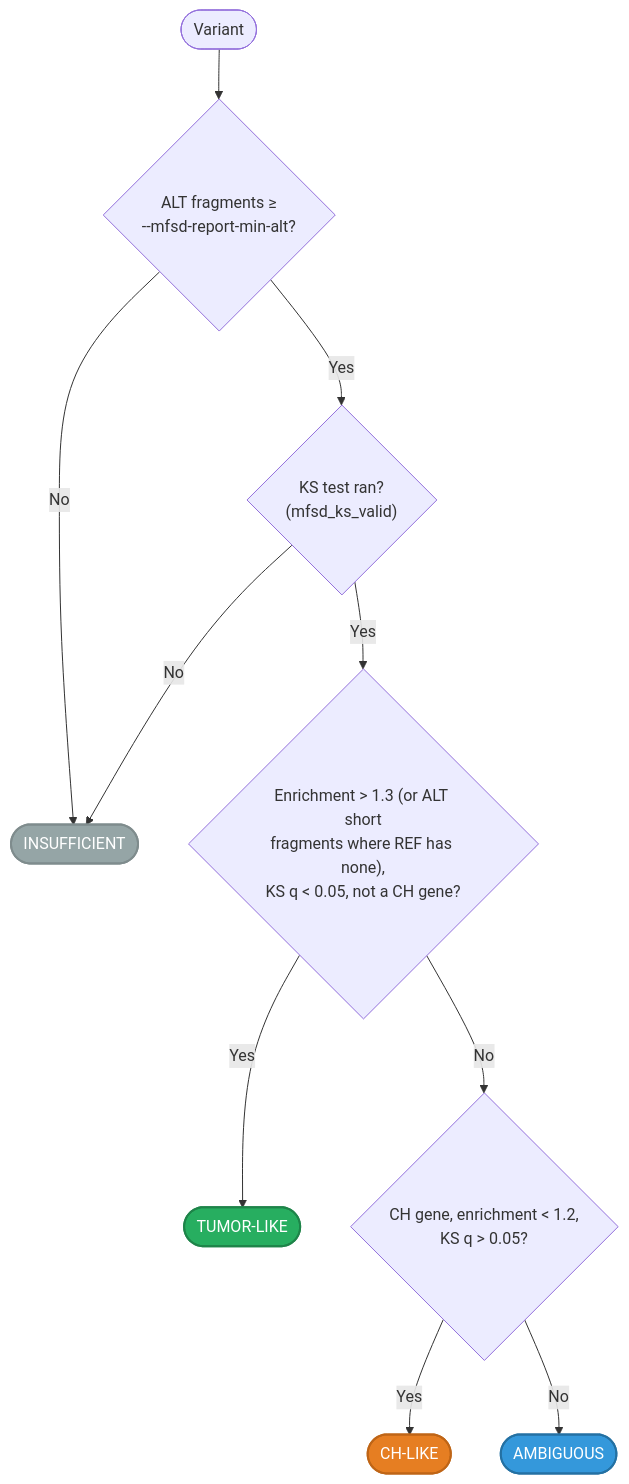
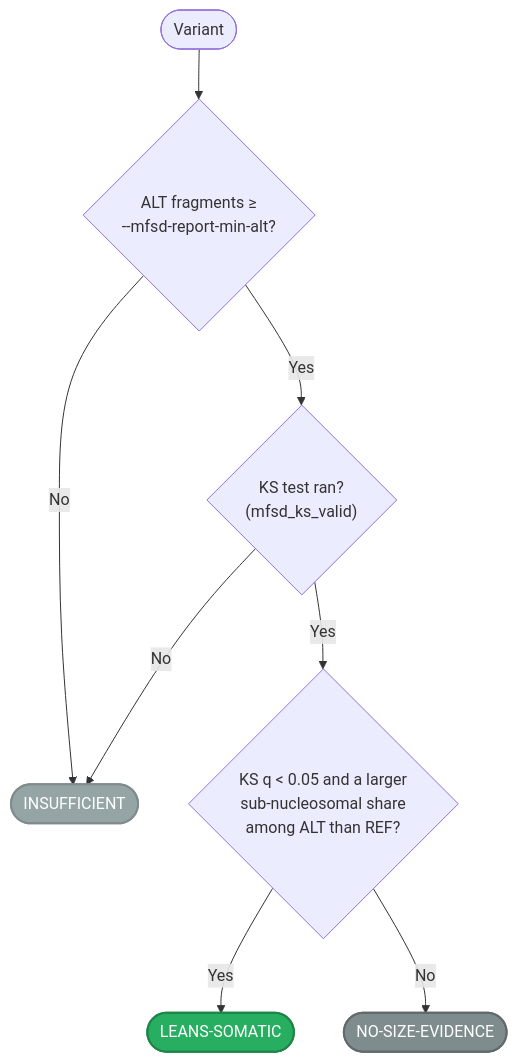
The diagram in docs/reference/qc-flags.md (msk-access/gbcms), drawn with Mermaid before and after one commit. The commit also changed other lines of this file and 16 other files, not shown here.

First line of the commit message:
fix(mfsd): graded fragment-size evidence; mean LLR; exact KS (#153, #154)

````diff
--- a/docs/reference/qc-flags.md
+++ b/docs/reference/qc-flags.md
@@ -143,17 +149,14 @@
 ```mermaid
 flowchart TD
     Start(["Variant"]) --> AltCheck{"ALT fragments ≥<br/>--mfsd-report-min-alt?"}
     AltCheck -->|"No"| Insufficient(["INSUFFICIENT"]):::grey
     AltCheck -->|"Yes"| KSValid{"KS test ran?<br/>(mfsd_ks_valid)"}
     KSValid -->|"No"| Insufficient
-    KSValid -->|"Yes"| TumorCheck{"Enrichment > 1.3 (or ALT short<br/>fragments where REF has none),<br/>KS q < 0.05, not a CH gene?"}
-    TumorCheck -->|"Yes"| Tumor(["TUMOR-LIKE"]):::green
-    TumorCheck -->|"No"| CHCheck{"CH gene, enrichment < 1.2,<br/>KS q > 0.05?"}
-    CHCheck -->|"Yes"| CH(["CH-LIKE"]):::amber
-    CHCheck -->|"No"| Ambiguous(["AMBIGUOUS"]):::blue
+    KSValid -->|"Yes"| Shorter{"KS q < 0.05 and a larger<br/>sub-nucleosomal share<br/>among ALT than REF?"}
+    Shorter -->|"Yes"| Somatic(["LEANS-SOMATIC"]):::green
+    Shorter -->|"No"| None(["NO-SIZE-EVIDENCE"]):::blue
 
     classDef green fill:#27ae60,color:#fff,stroke:#1e8449,stroke-width:2px;
-    classDef amber fill:#e67e22,color:#fff,stroke:#bf6516,stroke-width:2px;
-    classDef blue fill:#3498db,color:#fff,stroke:#2471a3,stroke-width:2px;
+    classDef blue fill:#7f8c8d,color:#fff,stroke:#616a6b,stroke-width:2px;
     classDef grey fill:#95a5a6,color:#fff,stroke:#7f8c8d,stroke-width:2px;
 ```
````
